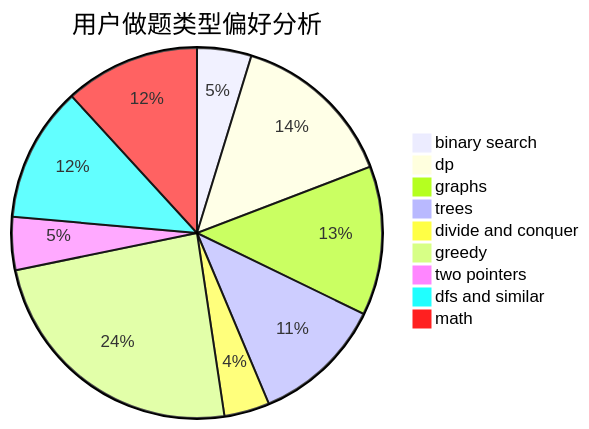
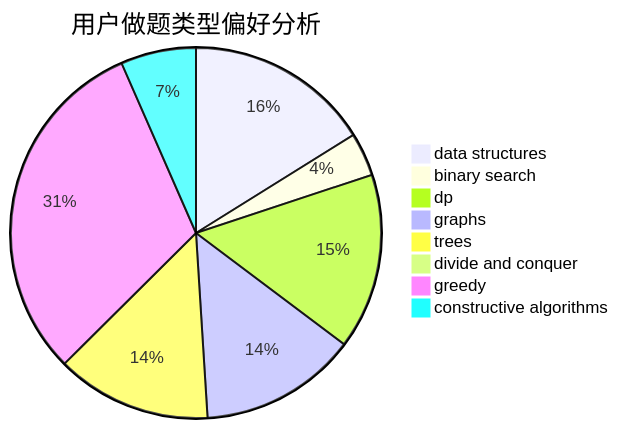
One commit to sherpahu/cfrs.github.io changed the second of 3 diagrams in docs/user/u1936.md. Above: the diagram before and after it, drawn with Mermaid. The commit also changed other lines of this file and 2775 other files, not shown here.

````diff
--- a/docs/user/u1936.md
+++ b/docs/user/u1936.md
@@ -23,12 +23,11 @@
 ```mermaid
 pie title 用户做题类型偏好分析
-    "binary search" :  43
-    "dp" :  131
-    "graphs" :  118
-    "trees" :  104
-    "divide and conquer" :  36
-    "greedy" :  219
-    "two pointers" :  42
-    "dfs and similar" :  107
-    "math" :  107
+    "data structures" :  81
+    "binary search" :  19
+    "dp" :  77
+    "graphs" :  69
+    "trees" :  68
+    "divide and conquer" :  0
+    "greedy" :  155
+    "constructive algorithms" :  33
 ```
````
